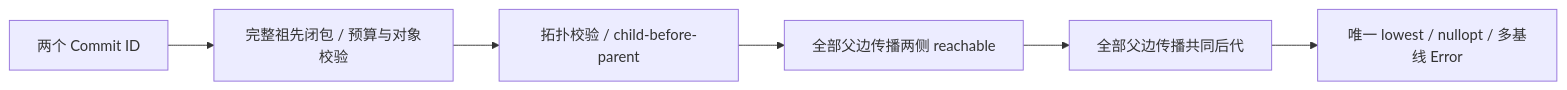
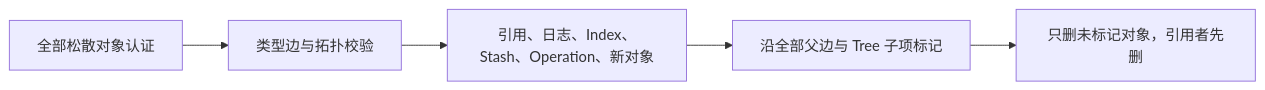
One commit to Always1010/MiniGit changed the second of 2 diagrams in docs/architecture.md. Above: the diagram before and after it, drawn with Mermaid. The commit also changed other lines of this file and 11 other files, not shown here.

Commit message:
docs: 精简项目文档并按用途归类添加原理图解

````diff
--- a/docs/architecture.md
+++ b/docs/architecture.md
@@ -486,8 +114,7 @@
 ```mermaid
 flowchart LR
-    R[两个 Commit ID] --> G[完整祖先闭包 / 预算与对象校验]
-    G --> T[拓扑校验 / child-before-parent]
-    T --> A[全部父边传播两侧 reachable]
-    A --> D[全部父边传播共同后代]
-    D --> L[唯一 lowest / nullopt / 多基线 Error]
+    Inventory[全部松散对象认证] --> Graph[类型边与拓扑校验]
+    Graph --> Roots[引用、日志、Index、Stash、Operation、新对象]
+    Roots --> Mark[沿全部父边与 Tree 子项标记]
+    Mark --> Sweep[只删未标记对象，引用者先删]
 ```
````
